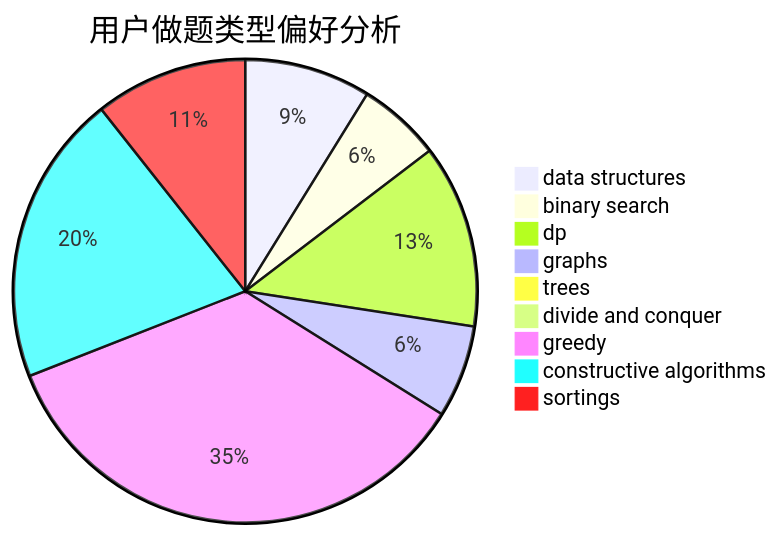
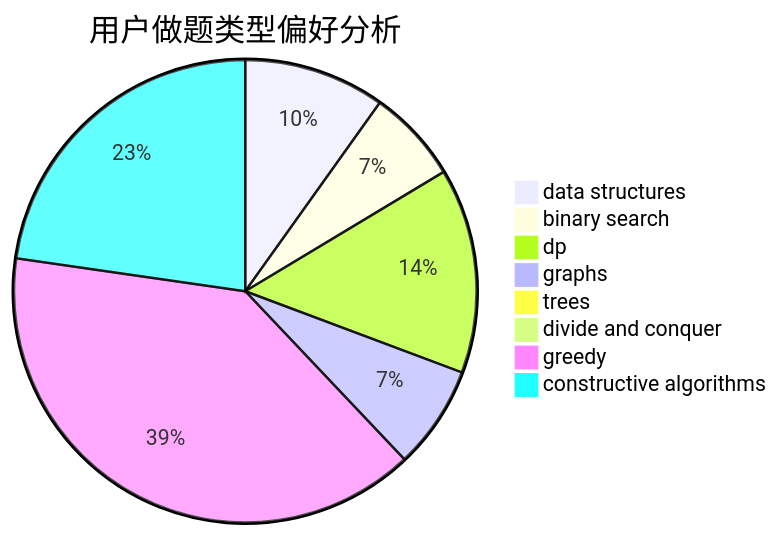
The second of 3 diagrams in docs/user/u1291.md (sherpahu/cfrs.github.io), drawn with Mermaid before and after one commit. The commit also changed other lines of this file and 2769 other files, not shown here.

````diff
--- a/docs/user/u1291.md
+++ b/docs/user/u1291.md
@@ -18,12 +18,11 @@
 ```mermaid
 pie title 用户做题类型偏好分析
     "data structures" :  168
     "binary search" :  111
     "dp" :  244
     "graphs" :  123
     "trees" :  0
     "divide and conquer" :  0
     "greedy" :  670
     "constructive algorithms" :  387
-    "sortings" :  203
 ```
````
